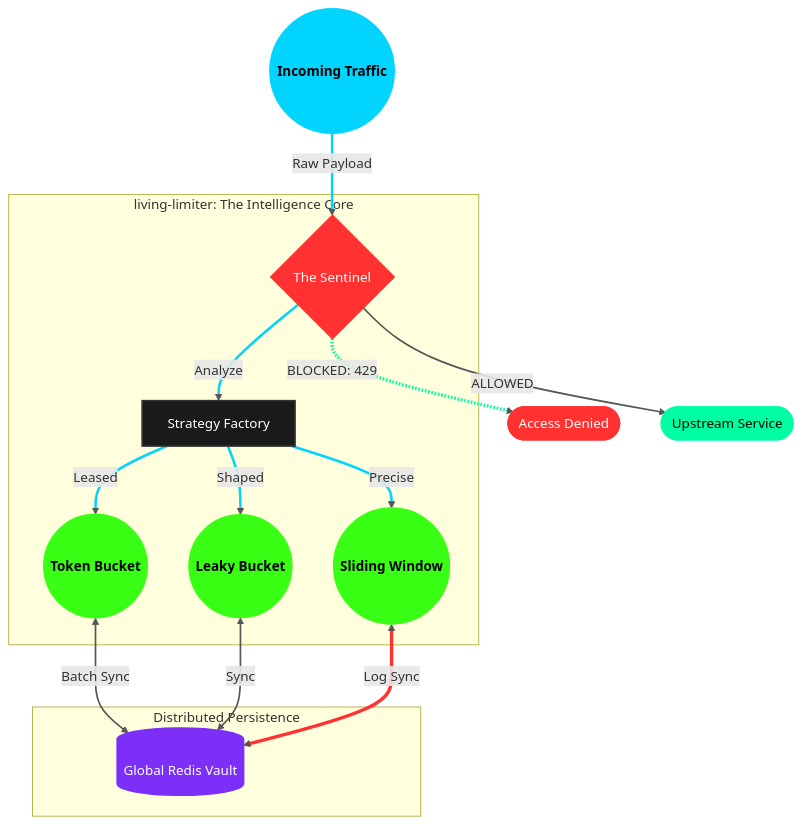
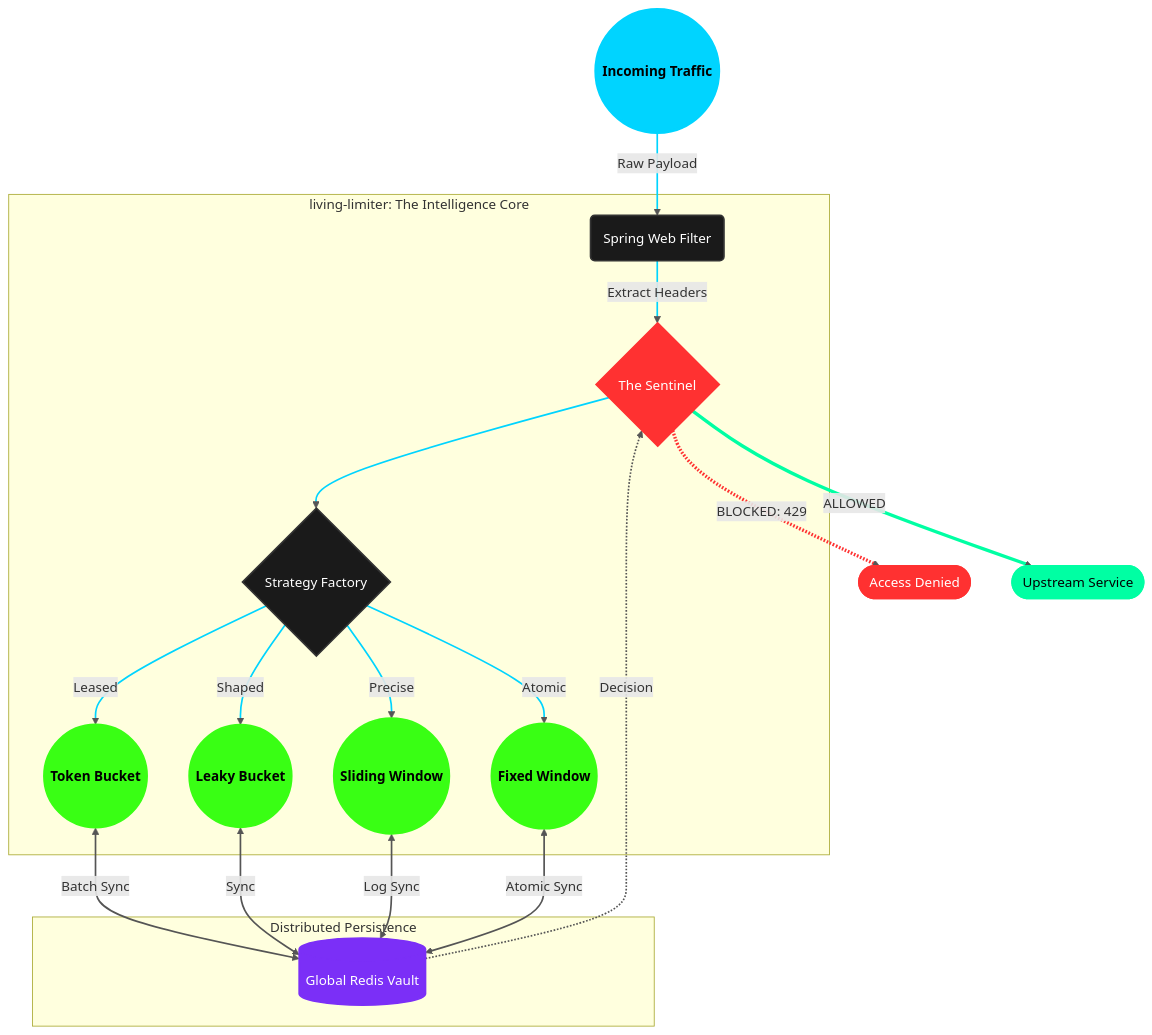
The diagram in README.md (kusuridheeraj/living-lab), drawn with Mermaid before and after one commit.

Commit message:
DOCS: Restore finalized architecture flow with high-fidelity artistic styling

````diff
--- a/README.md
+++ b/README.md
@@ -10,34 +10,40 @@
 ```mermaid
 graph TD
     %% Global Styling
     classDef default fill:#1a1a1a,stroke:#333,stroke-width:2px,color:#fff;
     classDef client fill:#00d4ff,stroke:#00d4ff,stroke-width:4px,color:#000,font-weight:bold;
     classDef brain fill:#39ff14,stroke:#39ff14,stroke-width:2px,color:#000,font-weight:bold;
     classDef vault fill:#7b2ff7,stroke:#7b2ff7,stroke-width:2px,color:#fff;
     classDef sentinel fill:#ff3131,stroke:#ff3131,stroke-width:2px,color:#fff;
     classDef proceed fill:#00ffa3,stroke:#00ffa3,stroke-width:2px,color:#000;
 
-    Client((Incoming Traffic)):::client -->|Raw Payload| Interceptor{The Sentinel}:::sentinel
+    Client((Incoming Traffic)):::client -->|Raw Payload| Gateway(Spring Web Filter)
     
     subgraph "living-limiter: The Intelligence Core"
-        Interceptor -->|Analyze| Factory[Strategy Factory]
+        Gateway -->|Extract Headers| Interceptor{The Sentinel}:::sentinel
+        Interceptor --> Factory{Strategy Factory}
+        
         Factory -->|Leased| TB((Token Bucket)):::brain
         Factory -->|Shaped| LB((Leaky Bucket)):::brain
         Factory -->|Precise| SWL((Sliding Window)):::brain
+        Factory -->|Atomic| FW((Fixed Window)):::brain
     end
 
     subgraph "Distributed Persistence"
         TB <-->|Batch Sync| Redis[(Global Redis Vault)]:::vault
         LB <-->|Sync| Redis
         SWL <-->|Log Sync| Redis
+        FW <-->|Atomic Sync| Redis
     end
 
+    Redis -.->|Decision| Interceptor
+    
     Interceptor -.->|BLOCKED: 429| Deny([Access Denied]):::sentinel
     Interceptor -->|ALLOWED| App([Upstream Service]):::proceed
 
     %% Links styling
     linkStyle default stroke:#555,stroke-width:2px;
-    linkStyle 0,1,2,3,4 stroke:#00d4ff,stroke-width:3px;
-    linkStyle 8 stroke:#00ffa3,stroke-width:4px;
-    linkStyle 7 stroke:#ff3131,stroke-width:4px;
+    linkStyle 0,1,2,3,4,5,6 stroke:#00d4ff,stroke-width:2px;
+    linkStyle 13 stroke:#00ffa3,stroke-width:4px;
+    linkStyle 12 stroke:#ff3131,stroke-width:4px;
 ```
````
